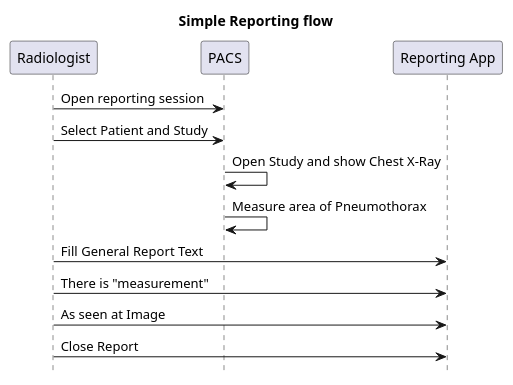
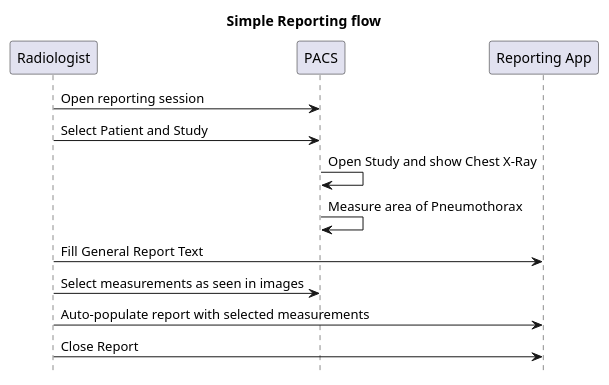
One commit to IHE/RAD.IRA changed the diagram in input/images-source/ReportingFlow.plantuml. Above: the diagram before and after it, drawn with PlantUML.

Commit message:
Clarify the selection measurement flow.

```diff
--- a/input/images-source/ReportingFlow.plantuml
+++ b/input/images-source/ReportingFlow.plantuml
@@ -1,19 +1,19 @@
 @startuml
 
 hide footbox
 title Simple Reporting flow
 
 participant "Radiologist" as User
 participant "PACS" as PACS
 participant "Reporting App" as Reporter
 
 User -> PACS: Open reporting session
 User -> PACS: Select Patient and Study
 PACS -> PACS: Open Study and show Chest X-Ray
 PACS -> PACS: Measure area of Pneumothorax
 User -> Reporter: Fill General Report Text
-User -> Reporter: There is "measurement" 
-User -> Reporter: As seen at Image
+User -> PACS: Select measurements as seen in images
+User -> Reporter: Auto-populate report with selected measurements
 User -> Reporter: Close Report
 
 @enduml
```
